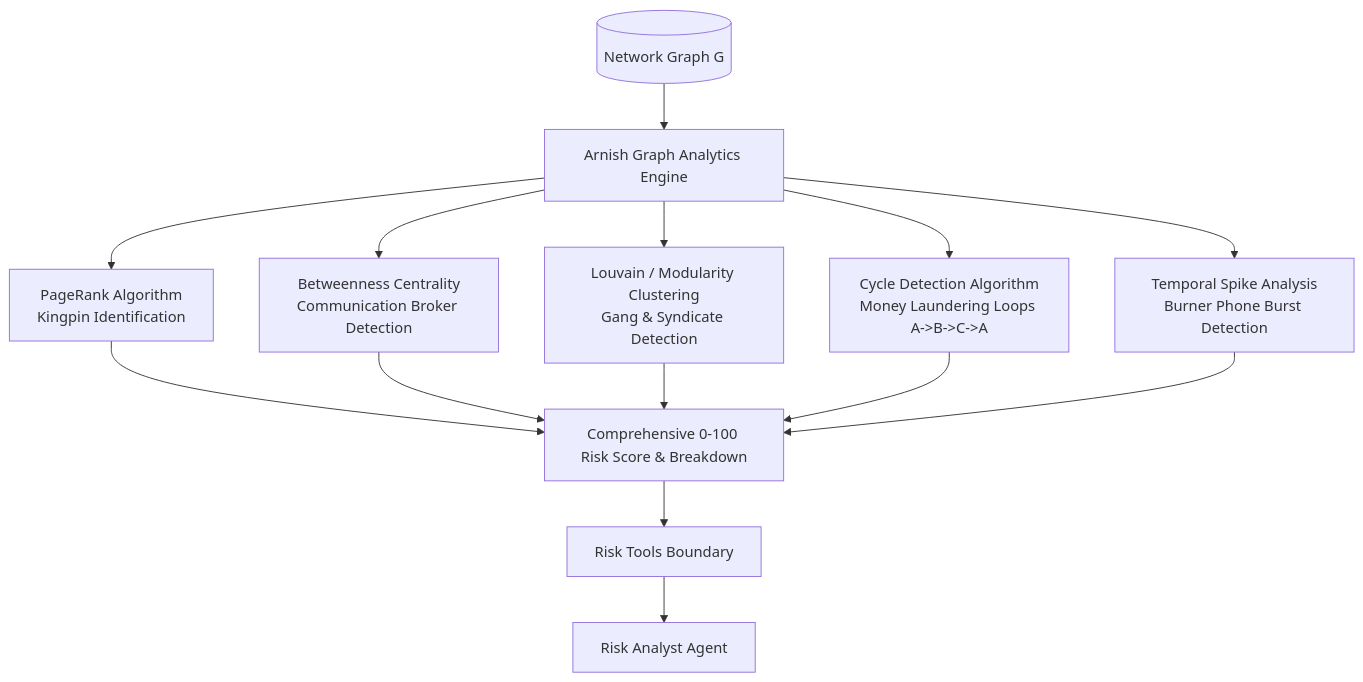
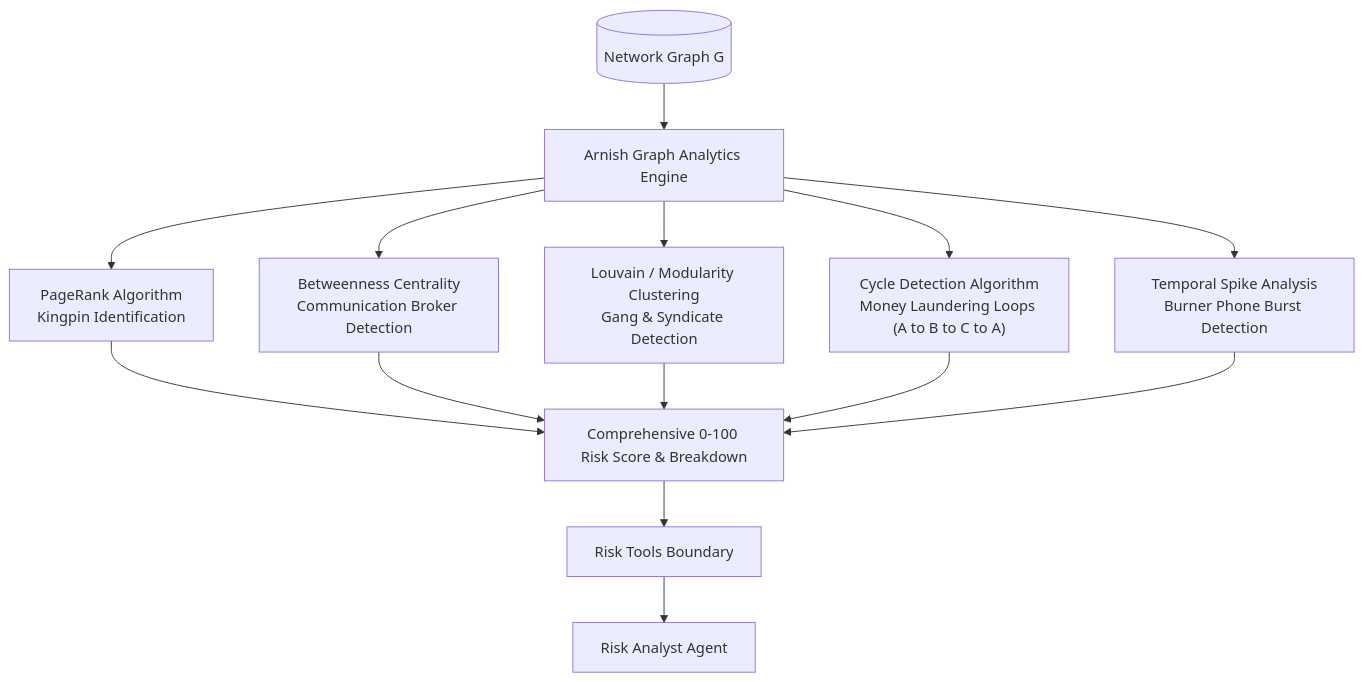
Before and after one commit to 4nkit-3isGGS/nexxus-db: the diagram in backend/app/agents/docs/03_RISK_ANALYST.md, drawn with Mermaid. The commit also changed other lines of this file, not shown here.

Commit message:
docs(agents): fix Mermaid cycle arrows and relative links in risk analyst doc

````diff
--- a/backend/app/agents/docs/03_RISK_ANALYST.md
+++ b/backend/app/agents/docs/03_RISK_ANALYST.md
@@ -24,19 +24,19 @@
 ```mermaid
 flowchart TD
-    Graph[(Network Graph G)] --> Engine[Arnish Graph Analytics Engine]
+    Graph[("Network Graph G")] --> Engine["Arnish Graph Analytics Engine"]
     
-    Engine --> PR[PageRank Algorithm<br/>Kingpin Identification]
-    Engine --> BC[Betweenness Centrality<br/>Communication Broker Detection]
-    Engine --> CD[Louvain / Modularity Clustering<br/>Gang & Syndicate Detection]
-    Engine --> CT[Cycle Detection Algorithm<br/>Money Laundering Loops A->B->C->A]
-    Engine --> CB[Temporal Spike Analysis<br/>Burner Phone Burst Detection]
+    Engine --> PR["PageRank Algorithm<br/>Kingpin Identification"]
+    Engine --> BC["Betweenness Centrality<br/>Communication Broker Detection"]
+    Engine --> CD["Louvain / Modularity Clustering<br/>Gang & Syndicate Detection"]
+    Engine --> CT["Cycle Detection Algorithm<br/>Money Laundering Loops (A to B to C to A)"]
+    Engine --> CB["Temporal Spike Analysis<br/>Burner Phone Burst Detection"]
     
-    PR --> Score[Comprehensive 0-100 Risk Score & Breakdown]
+    PR --> Score["Comprehensive 0-100 Risk Score & Breakdown"]
     BC --> Score
     CD --> Score
     CT --> Score
     CB --> Score
     
-    Score --> Tool[Risk Tools Boundary]
-    Tool --> Agent[Risk Analyst Agent]
+    Score --> Tool["Risk Tools Boundary"]
+    Tool --> Agent["Risk Analyst Agent"]
 ```
````
